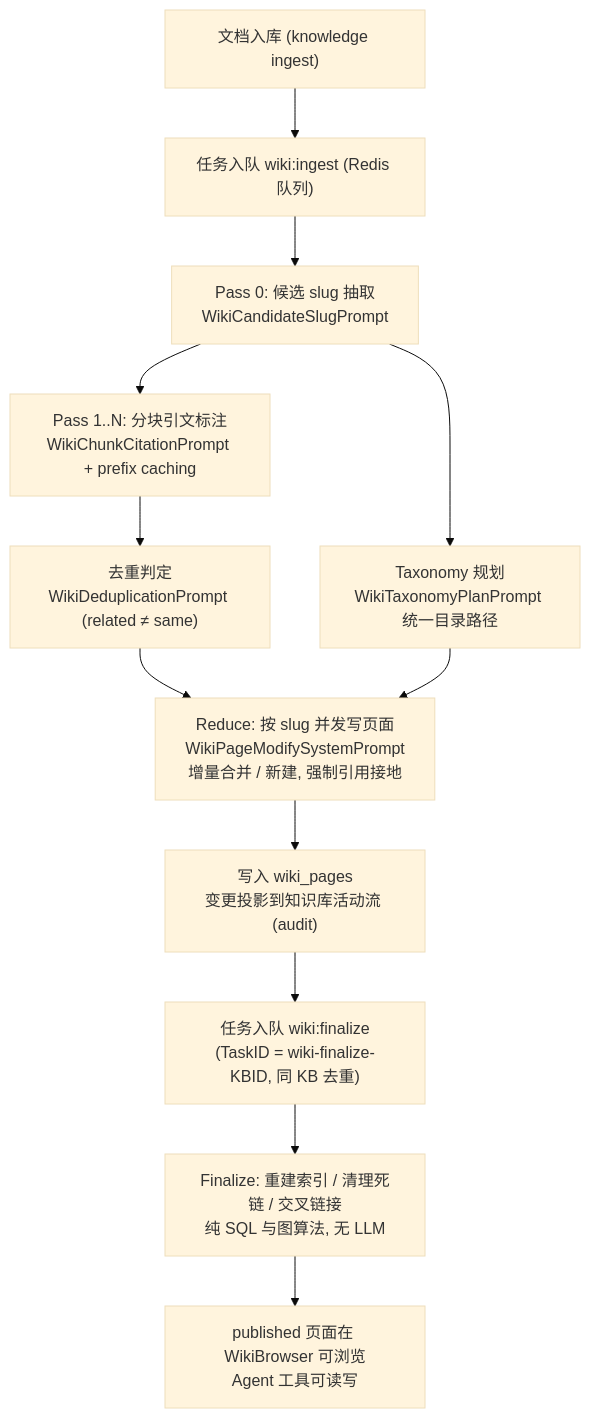
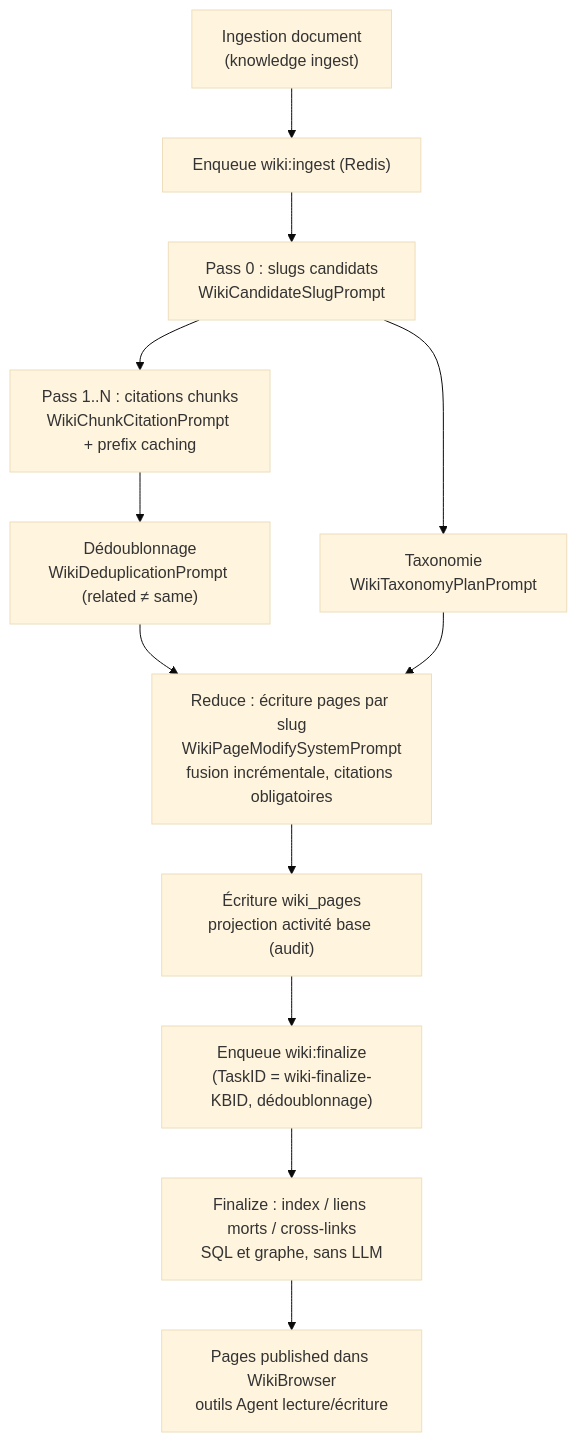
One commit to samiriggui-code/gsms-template changed the diagram in website-docs/03-features/14-wiki.md. Above: the diagram before and after it, drawn with Mermaid (base theme). The commit also changed other lines of this file and 301 other files, not shown here.

````diff
--- a/website-docs/03-features/14-wiki.md
+++ b/website-docs/03-features/14-wiki.md
@@ -283,14 +283,14 @@
 ```mermaid
 flowchart TD
-    A["文档入库 (knowledge ingest)"] --> B["任务入队 wiki:ingest (Redis 队列)"]
-    B --> C["Pass 0: 候选 slug 抽取<br/>WikiCandidateSlugPrompt"]
-    C --> D["Taxonomy 规划<br/>WikiTaxonomyPlanPrompt 统一目录路径"]
-    C --> E["Pass 1..N: 分块引文标注<br/>WikiChunkCitationPrompt + prefix caching"]
-    E --> F["去重判定<br/>WikiDeduplicationPrompt (related ≠ same)"]
-    F --> G["Reduce: 按 slug 并发写页面<br/>WikiPageModifySystemPrompt<br/>增量合并 / 新建, 强制引用接地"]
+    A["Ingestion document<br/>(knowledge ingest)"] --> B["Enqueue wiki:ingest (Redis)"]
+    B --> C["Pass 0 : slugs candidats<br/>WikiCandidateSlugPrompt"]
+    C --> D["Taxonomie<br/>WikiTaxonomyPlanPrompt"]
+    C --> E["Pass 1..N : citations chunks<br/>WikiChunkCitationPrompt + prefix caching"]
+    E --> F["Dédoublonnage<br/>WikiDeduplicationPrompt (related ≠ same)"]
+    F --> G["Reduce : écriture pages par slug<br/>WikiPageModifySystemPrompt<br/>fusion incrémentale, citations obligatoires"]
     D --> G
-    G --> H["写入 wiki_pages<br/>变更投影到知识库活动流 (audit)"]
-    H --> I["任务入队 wiki:finalize<br/>(TaskID = wiki-finalize-KBID, 同 KB 去重)"]
-    I --> J["Finalize: 重建索引 / 清理死链 / 交叉链接<br/>纯 SQL 与图算法, 无 LLM"]
-    J --> K["published 页面在 WikiBrowser 可浏览<br/>Agent 工具可读写"]
+    G --> H["Écriture wiki_pages<br/>projection activité base (audit)"]
+    H --> I["Enqueue wiki:finalize<br/>(TaskID = wiki-finalize-KBID, dédoublonnage)"]
+    I --> J["Finalize : index / liens morts / cross-links<br/>SQL et graphe, sans LLM"]
+    J --> K["Pages published dans WikiBrowser<br/>outils Agent lecture/écriture"]
 ```
````
